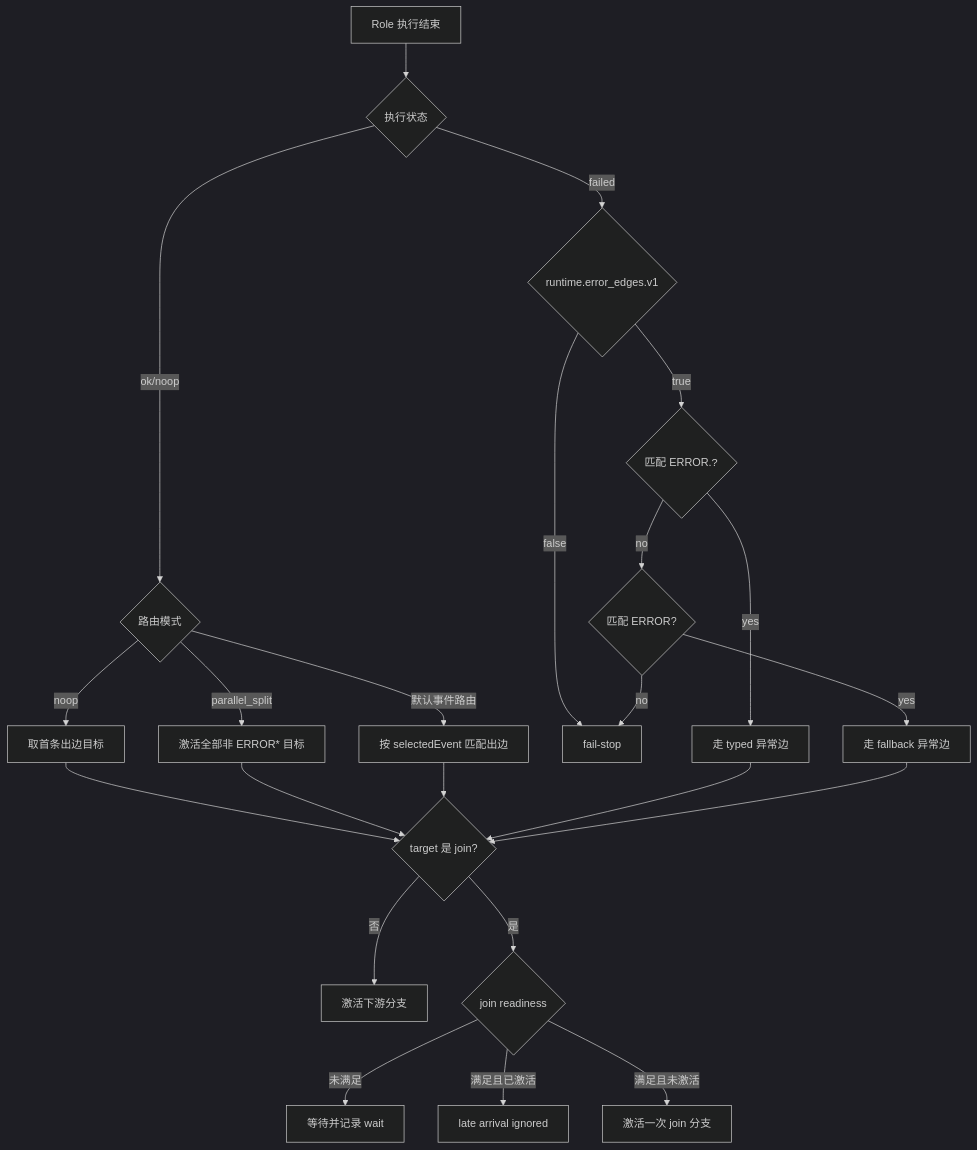
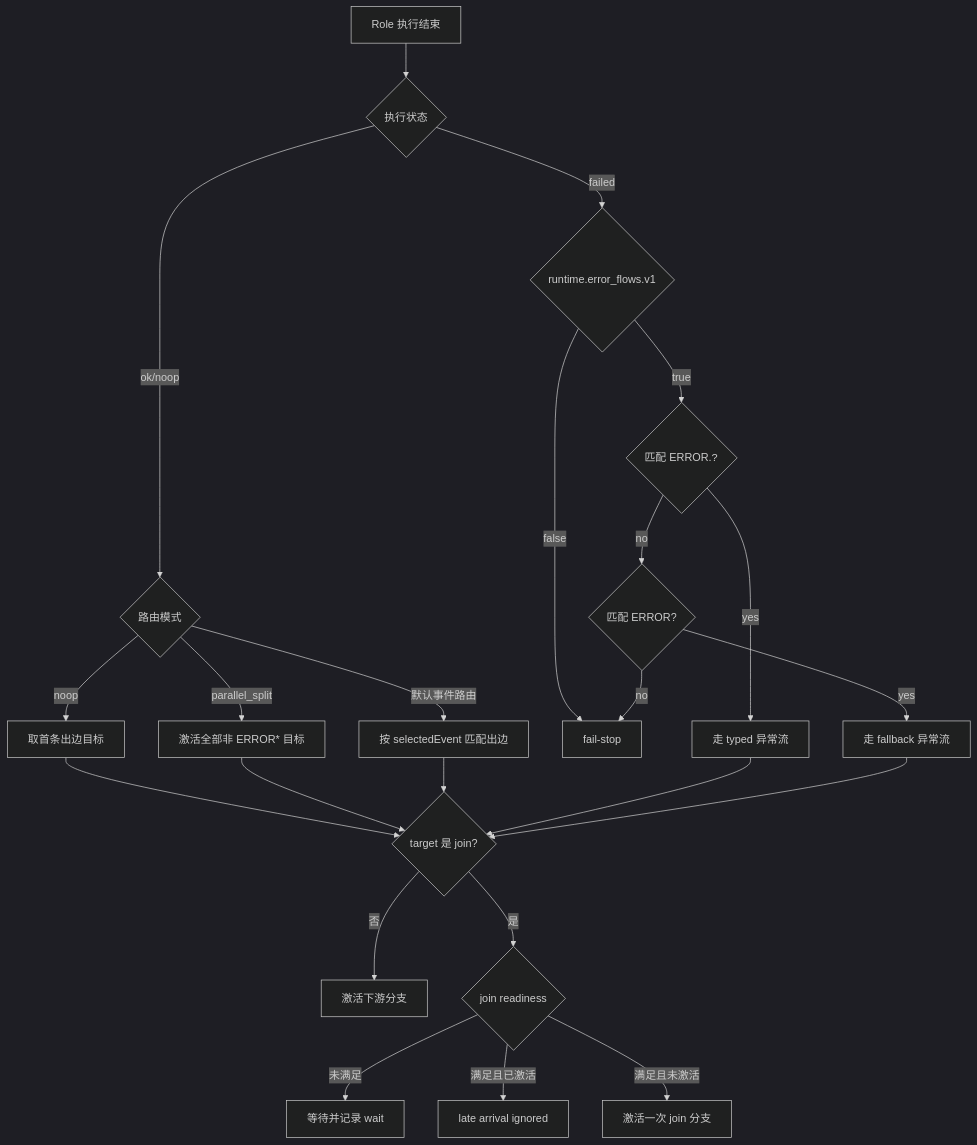
Before and after one commit to Fredericzhou/ogsystem: diagram 11 of 13 in docs/ogsystem-semantics-manual.md, drawn with Mermaid (dark theme). The commit also changed other lines of this file and 41 other files, not shown here.

Commit message:
refactor: align error flow naming across runtime and docs

````diff
--- a/docs/ogsystem-semantics-manual.md
+++ b/docs/ogsystem-semantics-manual.md
@@ -459,28 +459,28 @@
 ```mermaid
 flowchart TD
 A[Role 执行结束] --> B{执行状态}
 B -->|ok/noop| C{路由模式}
 C -->|noop| C1[取首条出边目标]
 C -->|parallel_split| C2[激活全部非 ERROR* 目标]
 C -->|默认事件路由| C3[按 selectedEvent 匹配出边]
 
-B -->|failed| D{runtime.error_edges.v1}
+B -->|failed| D{runtime.error_flows.v1}
 D -->|false| D1[fail-stop]
 D -->|true| E{匹配 ERROR.<code>?}
-E -->|yes| E1[走 typed 异常边]
+E -->|yes| E1[走 typed 异常流]
 E -->|no| F{匹配 ERROR?}
-F -->|yes| F1[走 fallback 异常边]
+F -->|yes| F1[走 fallback 异常流]
 F -->|no| D1
 
 C1 --> G{target 是 join?}
 C2 --> G
 C3 --> G
 E1 --> G
 F1 --> G
 
 G -->|否| H[激活下游分支]
 G -->|是| I{join readiness}
 I -->|未满足| I1[等待并记录 wait]
 I -->|满足且已激活| I2[late arrival ignored]
 I -->|满足且未激活| I3[激活一次 join 分支]
 ```
````
